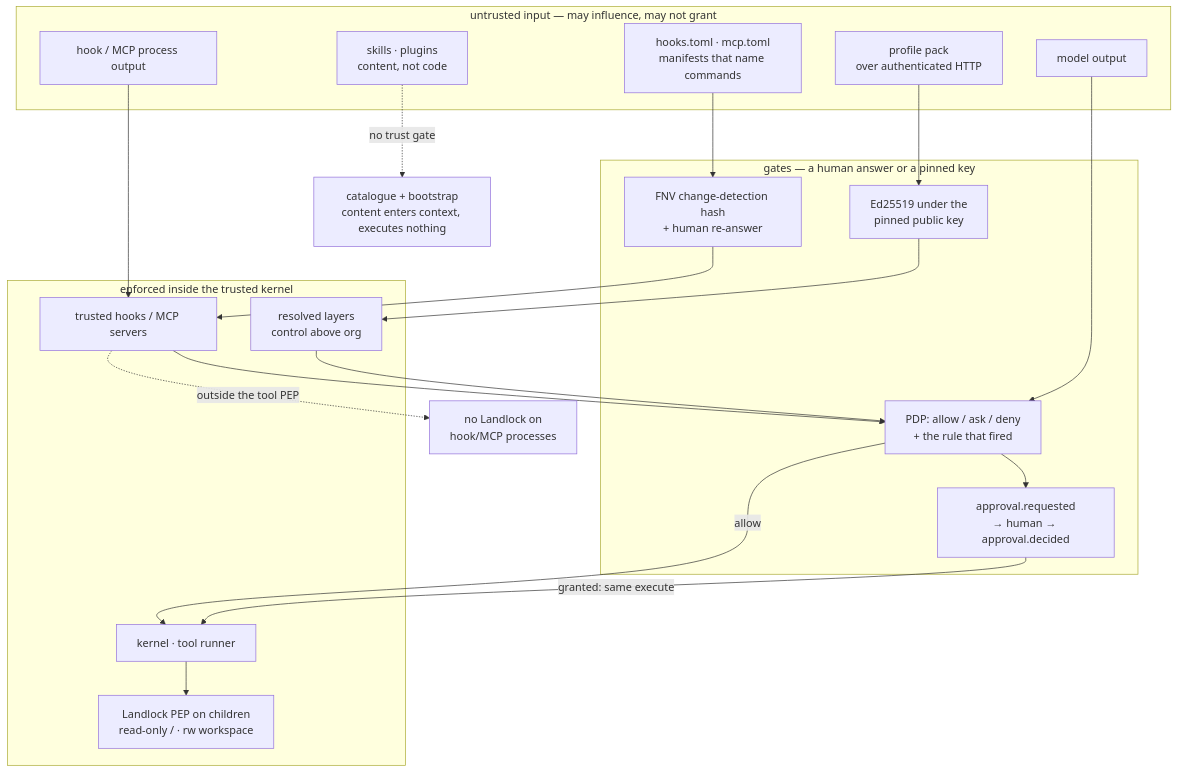
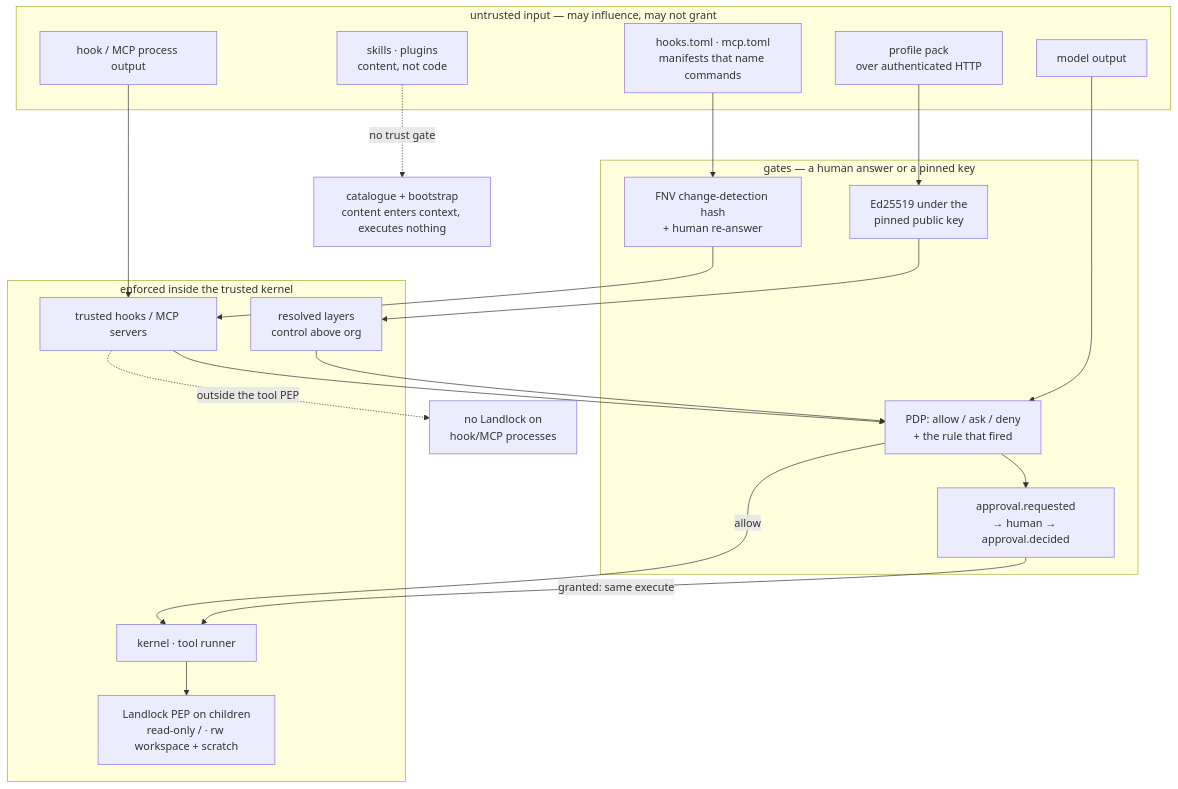
One commit to fengchangfight/loongagent changed the diagram in docs/design/security-trust.md. Above: the diagram before and after it, drawn with Mermaid. The commit also changed 7 other files, not shown here.

First line of the commit message:
fix(sandbox): give confined children a writable scratch directory

````diff
--- a/docs/design/security-trust.md
+++ b/docs/design/security-trust.md
@@ -47,37 +47,37 @@
 ```mermaid
 flowchart TB
     subgraph untrusted["untrusted input — may influence, may not grant"]
         REPO["hooks.toml · mcp.toml<br/>manifests that name commands"]
         CONTENT["skills · plugins<br/>content, not code"]
         WIRE["profile pack<br/>over authenticated HTTP"]
         MODEL["model output"]
         PROC["hook / MCP process output"]
     end
 
     subgraph gates["gates — a human answer or a pinned key"]
         HASH["FNV change-detection hash<br/>+ human re-answer"]
         SIG["Ed25519 under the<br/>pinned public key"]
         PDP["PDP: allow / ask / deny<br/>+ the rule that fired"]
         APPROVAL["approval.requested<br/>→ human → approval.decided"]
     end
 
     subgraph enforced["enforced inside the trusted kernel"]
         CFG["resolved layers<br/>control above org"]
         HOOKS["trusted hooks / MCP servers"]
         KERNEL["kernel · tool runner"]
-        PEP["Landlock PEP on children<br/>read-only / · rw workspace"]
+        PEP["Landlock PEP on children<br/>read-only / · rw workspace + scratch"]
     end
 
     REPO --> HASH --> HOOKS
     CONTENT -.->|"no trust gate"| CATALOG["catalogue + bootstrap<br/>content enters context, executes nothing"]
     WIRE --> SIG --> CFG
     MODEL --> PDP
     PROC --> HOOKS
     HOOKS --> PDP
     CFG --> PDP
     PDP --> APPROVAL
     PDP -->|"allow"| KERNEL
     APPROVAL -->|"granted: same execute"| KERNEL
     KERNEL --> PEP
     HOOKS -.->|"outside the tool PEP"| NOPE["no Landlock on<br/>hook/MCP processes"]
 ```
````
